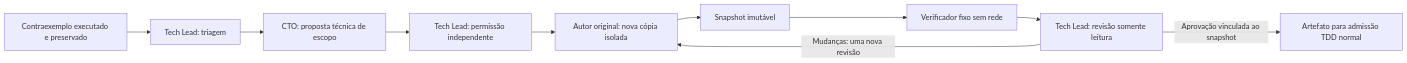
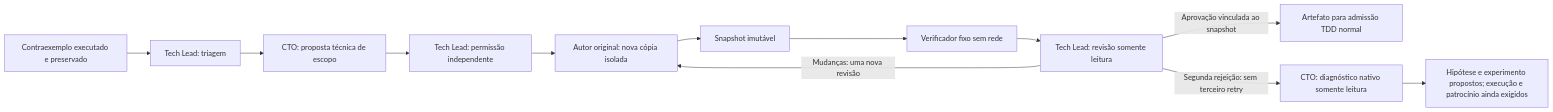
The seventh of 7 diagrams in README.md (codifydeep/fabriquinha), drawn with Mermaid before and after one commit. The commit also changed other lines of this file and 6 other files, not shown here.

````diff
--- a/README.md
+++ b/README.md
@@ -1806,12 +1806,14 @@
 ```mermaid
 flowchart LR
     E[Contraexemplo executado e preservado] --> L[Tech Lead: triagem]
     L --> C[CTO: proposta técnica de escopo]
     C --> P[Tech Lead: permissão independente]
     P --> A[Autor original: nova cópia isolada]
     A --> S[Snapshot imutável]
     S --> V[Verificador fixo sem rede]
     V --> R[Tech Lead: revisão somente leitura]
     R -->|Mudanças: uma nova revisão| A
     R -->|Aprovação vinculada ao snapshot| H[Artefato para admissão TDD normal]
+    R -->|Segunda rejeição: sem terceiro retry| D[CTO: diagnóstico nativo somente leitura]
+    D --> X[Hipótese e experimento propostos; execução e patrocínio ainda exigidos]
 ```
````
